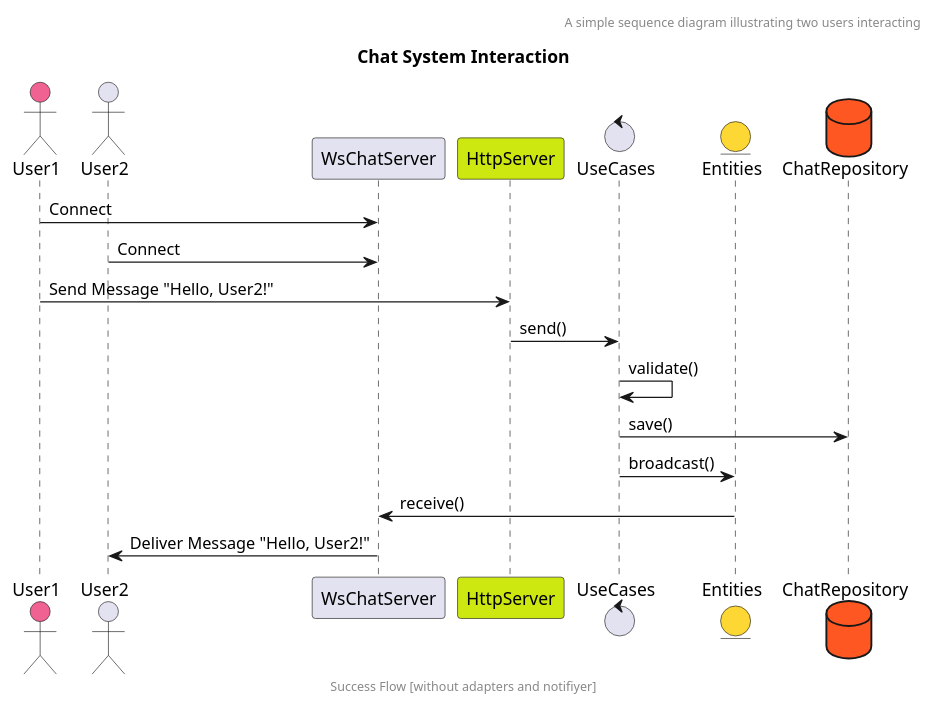
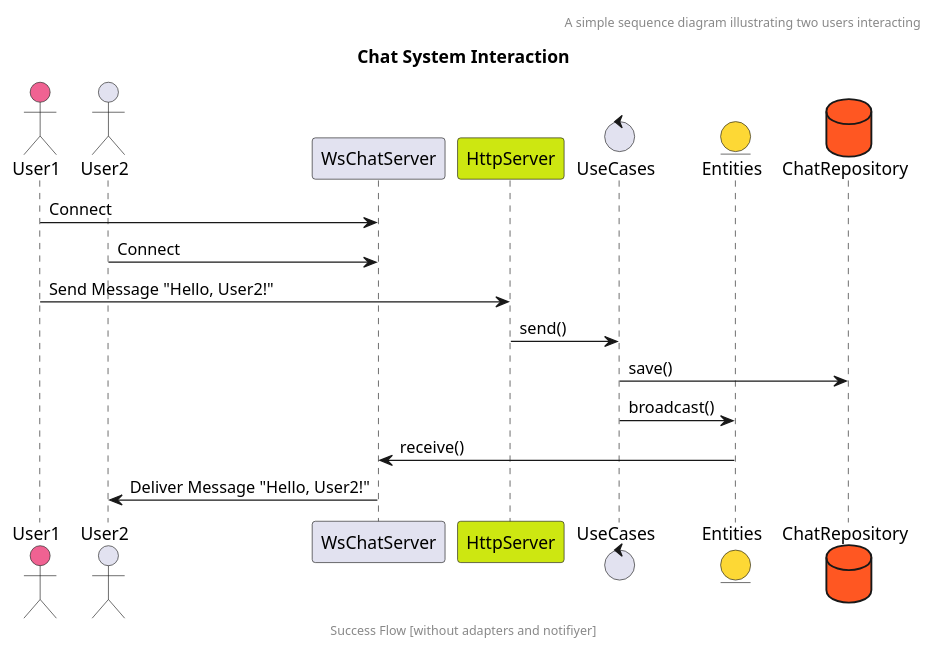
Before and after one commit to moez-sadok/chat-clean-architecture: the diagram in docs/design/sequence-diagram-basic-interaction.wsd, drawn with PlantUML. The commit also changed 11 other files, not shown here.

```diff
--- a/docs/design/sequence-diagram-basic-interaction.wsd
+++ b/docs/design/sequence-diagram-basic-interaction.wsd
@@ -1,32 +1,28 @@
 @startuml
 
 ' title as titl Basic sucess sequence flow [without adapters and notifiyer] 
 title Chat System Interaction
 header A simple sequence diagram illustrating two users interacting
 footer Success Flow [without adapters and notifiyer]
 
 actor User1 #F06292
 actor User2
 
 participant WsChatServer
 participant HttpServer #CDE711
 
 control UseCases
 entity Entities #FDD835
 database ChatRepository #FF5722
 
 User1 -> WsChatServer: Connect
-' WsChatServer -> User1: Connection Acknowledged
-
 User2 -> WsChatServer: Connect
-' WsChatServer -> User2: Connection Acknowledged
 
 User1 -> HttpServer: Send Message "Hello, User2!"
 HttpServer -> UseCases: send()
-UseCases -> UseCases: validate()
 UseCases -> ChatRepository: save()
 UseCases -> Entities : broadcast()
 Entities -> WsChatServer: receive()
 WsChatServer -> User2: Deliver Message "Hello, User2!"
 
 @enduml
```
